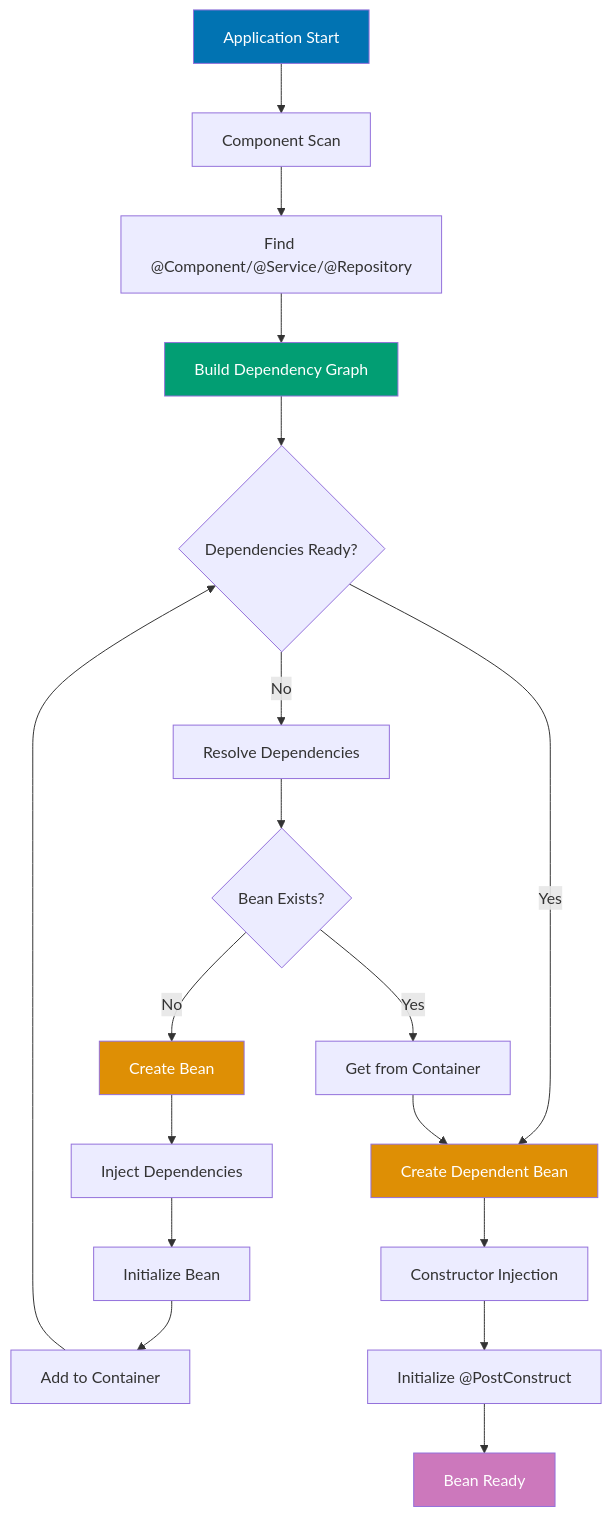
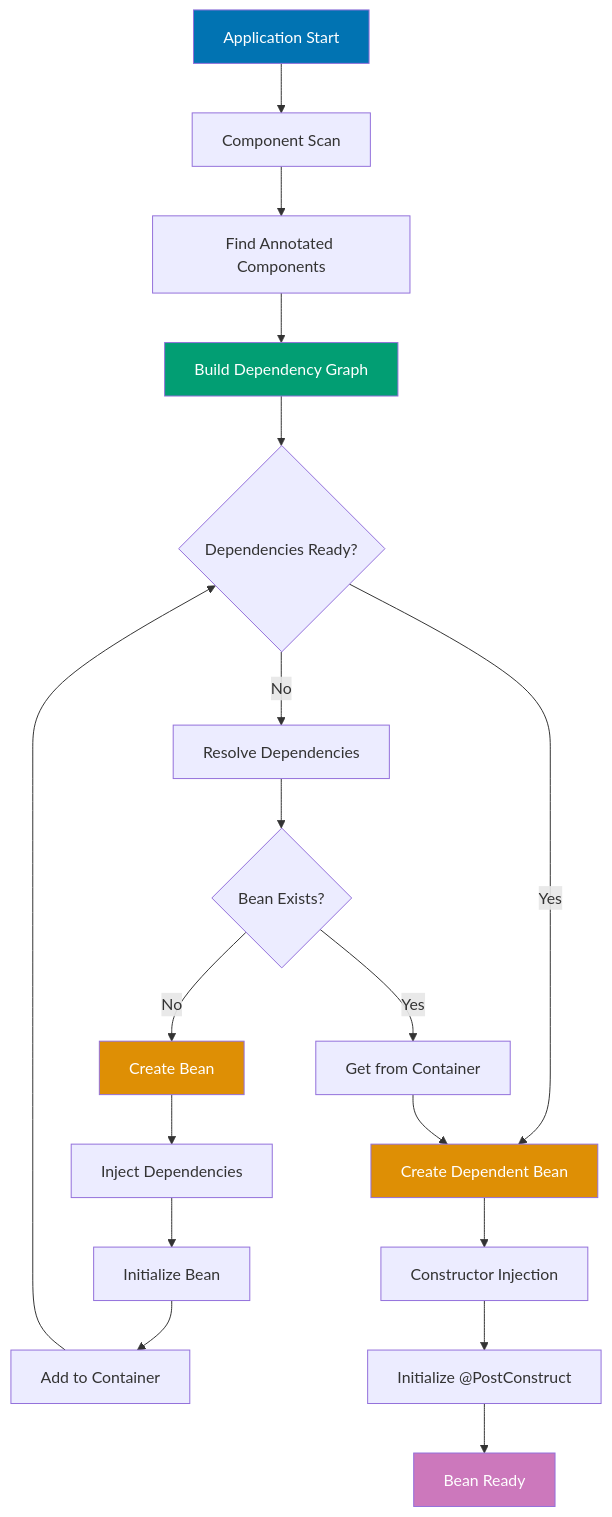
One commit to wahidyankf/ose-primer changed the first of 4 diagrams in docs/explanation/software-engineering/platform-web/tools/jvm-spring-boot/dependency-injection.md. Above: the diagram before and after it, drawn with Mermaid. The commit also changed other lines of this file and 9 other files, not shown here.

Commit message:
fix(docs): fix mermaid violations in jvm-spring-boot/ docs (batch 4/10)

````diff
--- a/docs/explanation/software-engineering/platform-web/tools/jvm-spring-boot/dependency-injection.md
+++ b/docs/explanation/software-engineering/platform-web/tools/jvm-spring-boot/dependency-injection.md
@@ -65,32 +65,32 @@
 ```mermaid
 %% Color Palette: Blue #0173B2, Orange #DE8F05, Teal #029E73, Purple #CC78BC
 %% All colors are color-blind friendly and meet WCAG AA contrast standards
 
 graph TD
     A[Application Start] --> B[Component Scan]
-    B --> C[Find @Component/@Service/@Repository]
+    B --> C[Find Annotated Components]
     C --> D[Build Dependency Graph]
 
     D --> E{Dependencies Ready?}
     E -->|No| F[Resolve Dependencies]
     F --> G{Bean Exists?}
     G -->|Yes| H[Get from Container]
     G -->|No| I[Create Bean]
     I --> J[Inject Dependencies]
     J --> K[Initialize Bean]
     K --> L[Add to Container]
     L --> E
 
     E -->|Yes| M[Create Dependent Bean]
     M --> N[Constructor Injection]
     N --> O[Initialize @PostConstruct]
     O --> P[Bean Ready]
 
     H --> M
 
     style A fill:#0173B2,color:#fff
     style D fill:#029E73,color:#fff
     style I fill:#DE8F05,color:#fff
     style M fill:#DE8F05,color:#fff
     style P fill:#CC78BC,color:#fff
 ```
````
